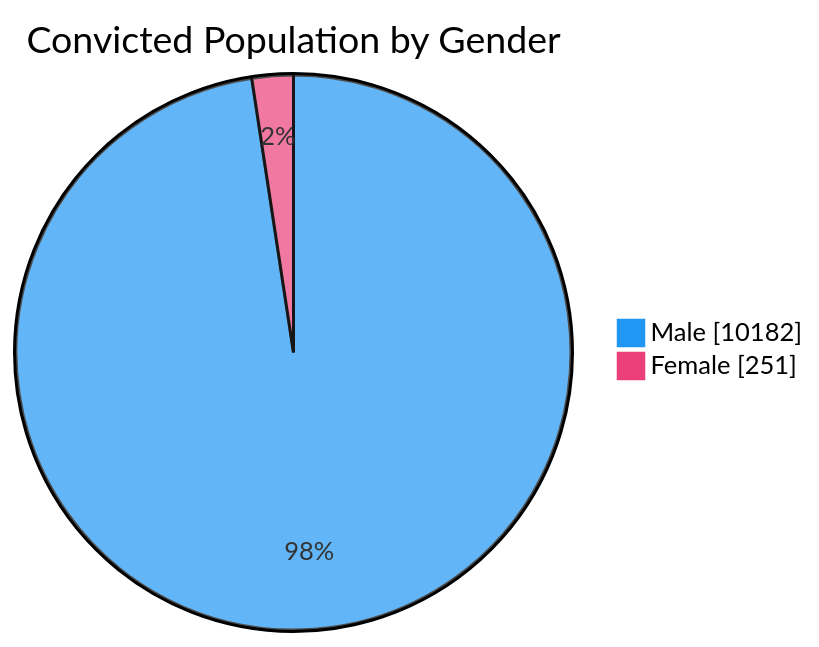
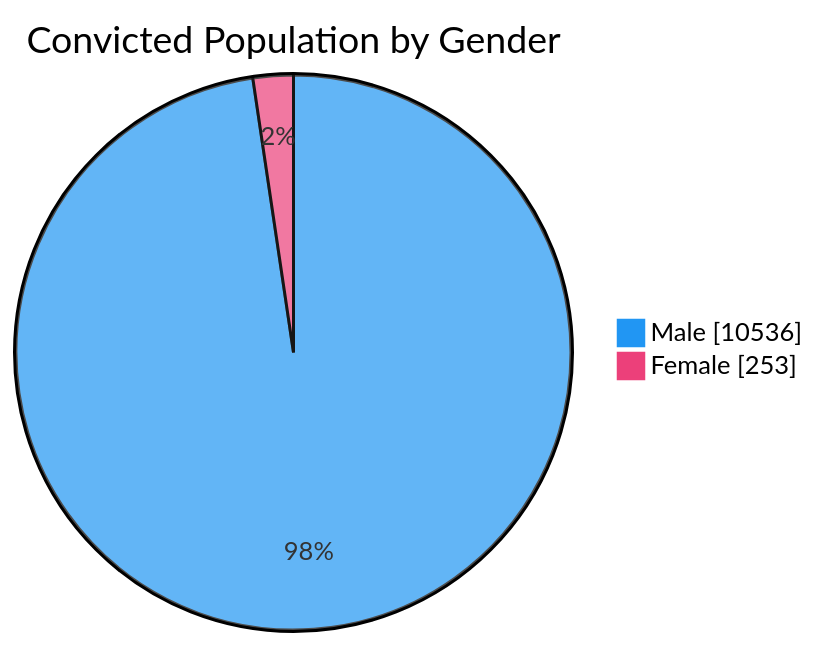
One commit to nuuuwan/lk_prisons changed the third of 7 diagrams in README.md. Above: the diagram before and after it, drawn with Mermaid. The commit also changed other lines of this file and 1 other file, not shown here.

````diff
--- a/README.md
+++ b/README.md
@@ -65,6 +65,6 @@
 ```mermaid
 %%{init: {'themeVariables': {'pie1': '#2196F3', 'pie2': '#EC407A'}}}%%
 pie showData title Convicted Population by Gender
-    "Male" : 10182
-    "Female" : 251
+    "Male" : 10536
+    "Female" : 253
 ```
````
